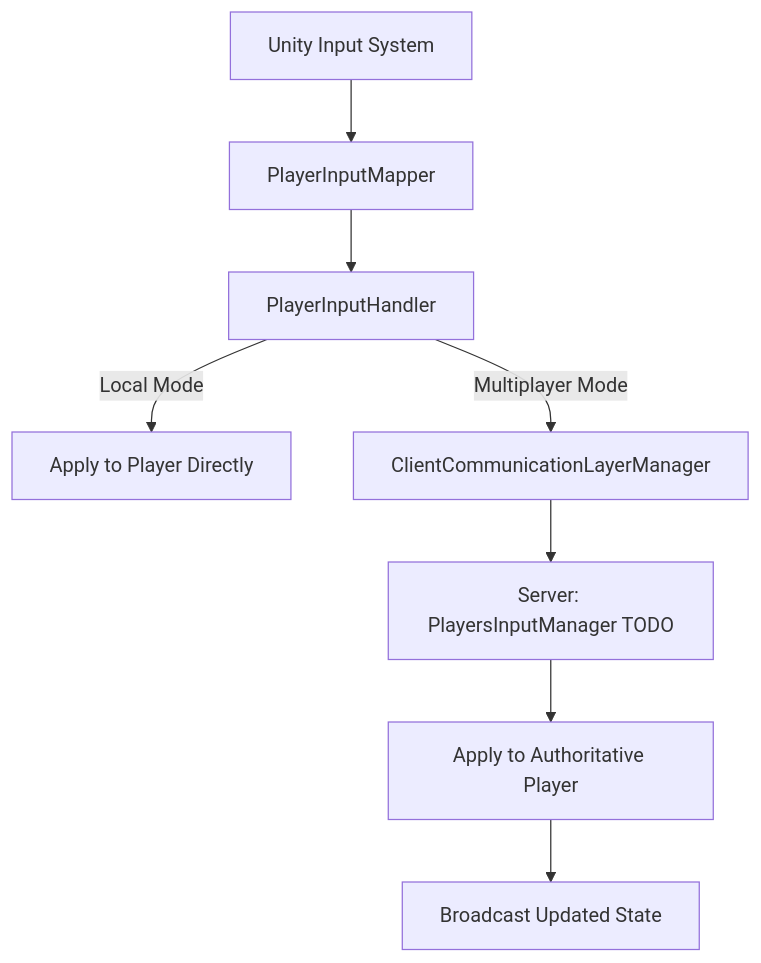
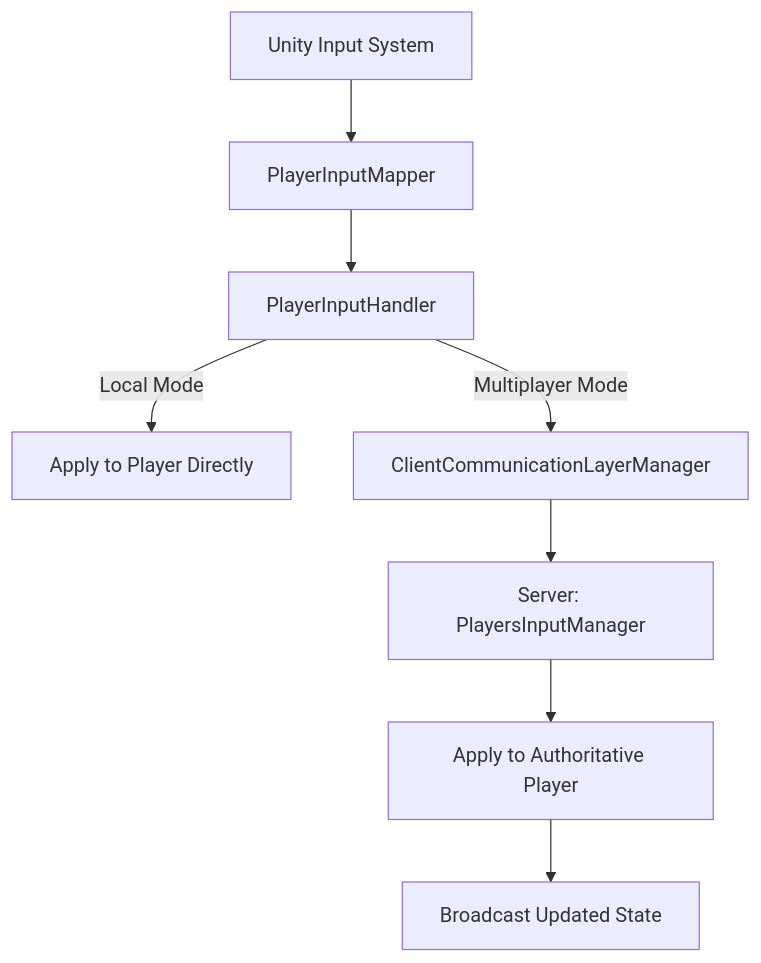
One commit to Arthurobdfv/Avalon changed the diagram in docs/architecture/input-system.md. Above: the diagram before and after it, drawn with Mermaid. The commit also changed other lines of this file and 6 other files, not shown here.

````diff
--- a/docs/architecture/input-system.md
+++ b/docs/architecture/input-system.md
@@ -97,10 +95,10 @@
 ```mermaid
 graph TD
     UIS[Unity Input System] --> PIM[PlayerInputMapper]
     PIM --> PIH[PlayerInputHandler]
     PIH --> |Local Mode| APD[Apply to Player Directly]
     PIH --> |Multiplayer Mode| CCLM[ClientCommunicationLayerManager]
-    CCLM --> SPIM[Server: PlayersInputManager TODO]
+    CCLM --> SPIM[Server: PlayersInputManager]
     SPIM --> AAP[Apply to Authoritative Player]
     AAP --> BUS[Broadcast Updated State]
 ```
````
